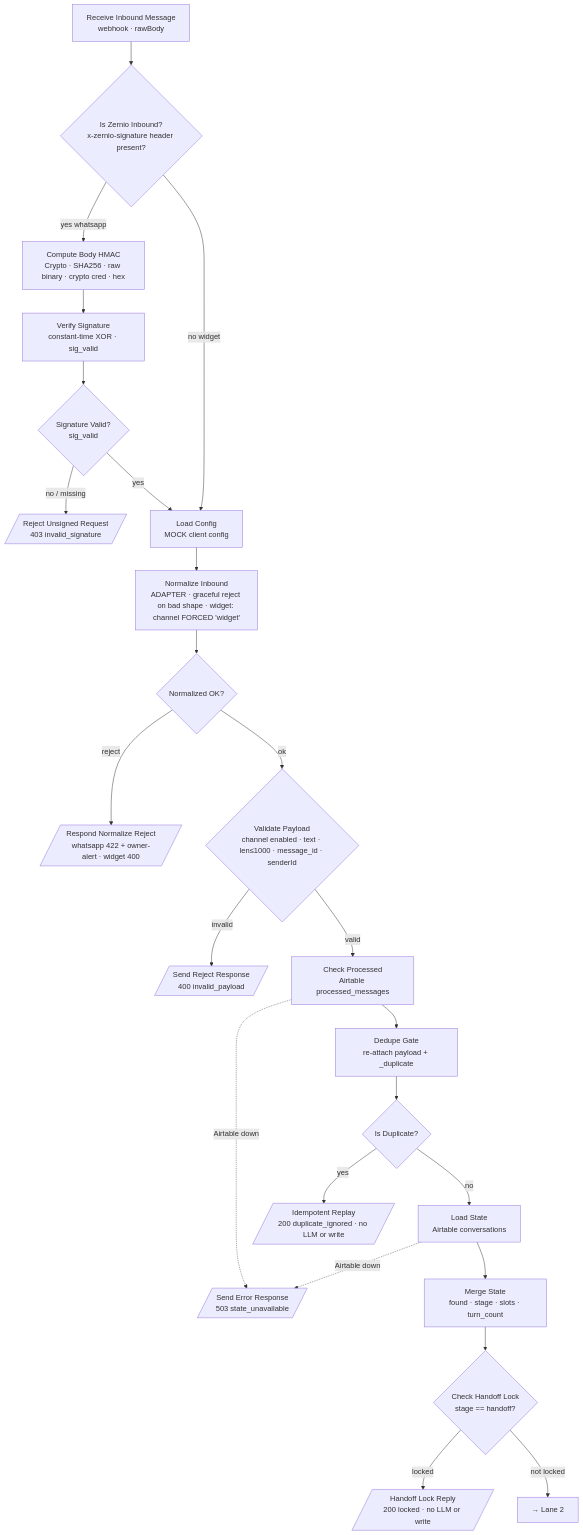
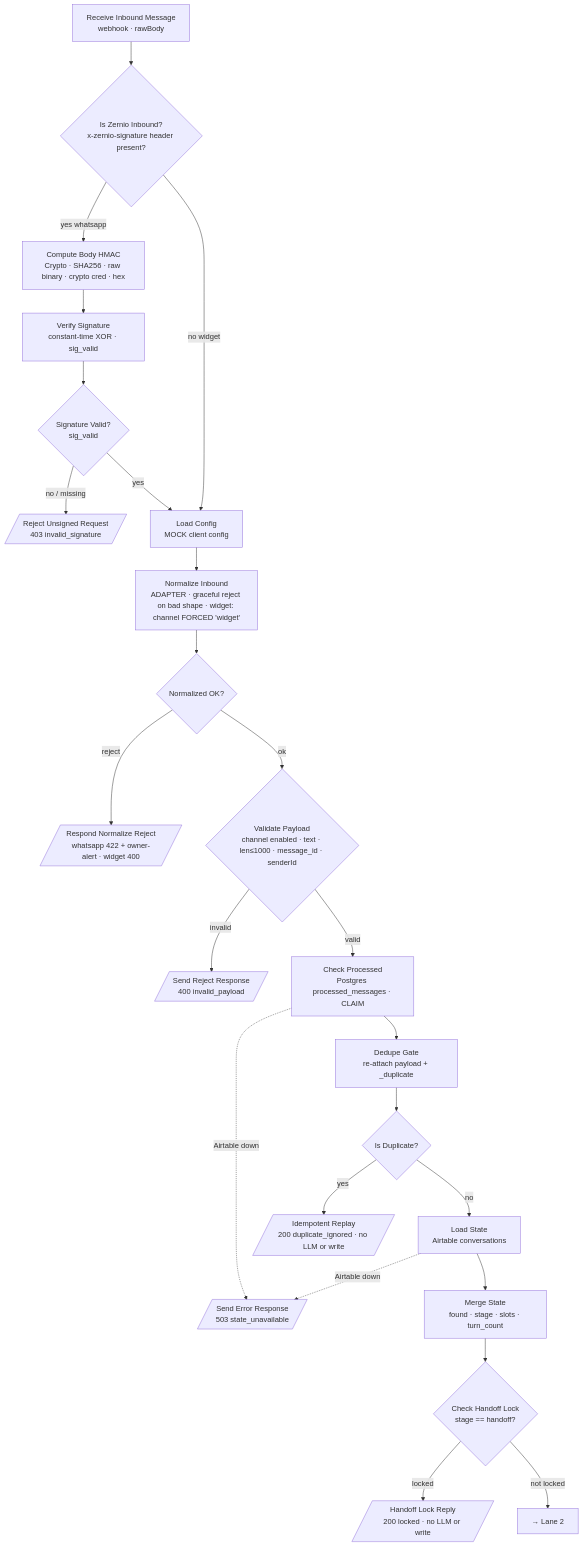
The second of 10 diagrams in docs/FLOW-DIAGRAM.md (Neeidy/salon-booking-bot), drawn with Mermaid before and after one commit. The commit also changed other lines of this file and 9 other files, not shown here.

````diff
--- a/docs/FLOW-DIAGRAM.md
+++ b/docs/FLOW-DIAGRAM.md
@@ -41,26 +41,26 @@
 ```mermaid
 flowchart TD
   WH[Receive Inbound Message<br/>webhook · rawBody] --> IZ{Is Zernio Inbound?<br/>x-zernio-signature header present?}
   IZ -->|yes whatsapp| HM[Compute Body HMAC<br/>Crypto · SHA256 · raw binary · crypto cred · hex]
   HM --> VS[Verify Signature<br/>constant-time XOR · sig_valid]
   VS --> SV{Signature Valid?<br/>sig_valid}
   SV -->|no / missing| RU[/Reject Unsigned Request<br/>403 invalid_signature/]
   SV -->|yes| LC[Load Config<br/>MOCK client config]
   IZ -->|no widget| LC
   LC --> NORM[Normalize Inbound<br/>ADAPTER · graceful reject on bad shape · widget: channel FORCED 'widget']
   NORM --> NOK{Normalized OK?}
   NOK -->|reject| NR[/Respond Normalize Reject<br/>whatsapp 422 + owner-alert · widget 400/]
   NOK -->|ok| VP{Validate Payload<br/>channel enabled · text · len≤1000 · message_id · senderId}
   VP -->|invalid| REJ[/Send Reject Response<br/>400 invalid_payload/]
-  VP -->|valid| CP[Check Processed<br/>Airtable processed_messages]
+  VP -->|valid| CP[Check Processed<br/>Postgres processed_messages · CLAIM]
   CP -.->|Airtable down| ERR[/Send Error Response<br/>503 state_unavailable/]
   CP --> DG[Dedupe Gate<br/>re-attach payload + _duplicate]
   DG --> ISD{Is Duplicate?}
   ISD -->|yes| REPLAY[/Idempotent Replay<br/>200 duplicate_ignored · no LLM or write/]
   ISD -->|no| LS[Load State<br/>Airtable conversations]
   LS -.->|Airtable down| ERR
   LS --> MS[Merge State<br/>found · stage · slots · turn_count]
   MS --> CHL{Check Handoff Lock<br/>stage == handoff?}
   CHL -->|locked| LOCK[/Handoff Lock Reply<br/>200 locked · no LLM or write/]
   CHL -->|not locked| G[→ Lane 2]
 ```
````
